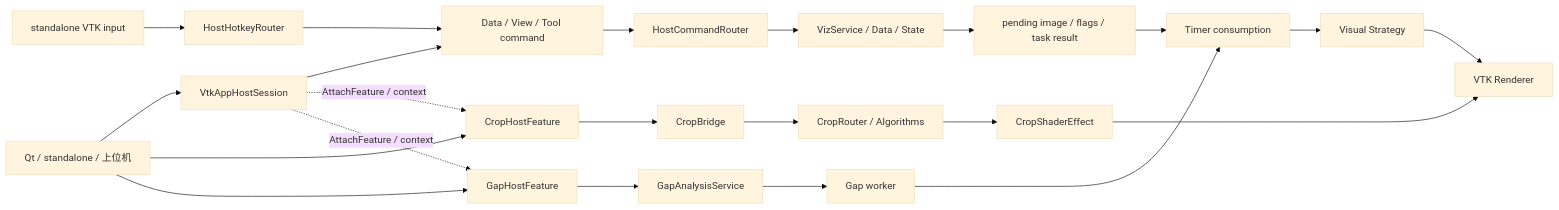
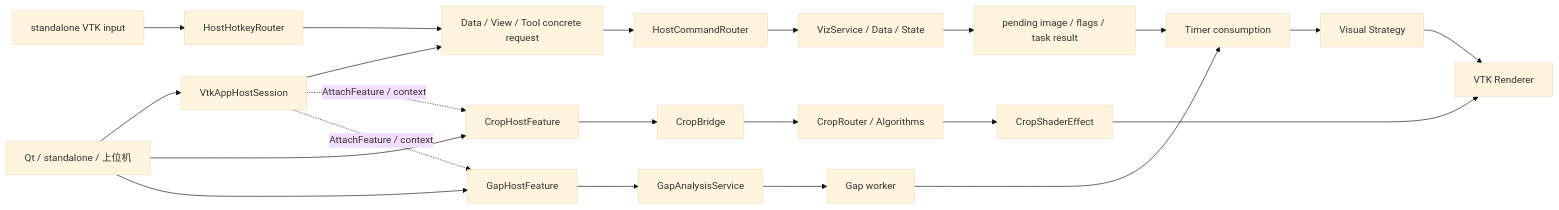
The first of 5 diagrams in md/MVVCVTKArchitectureReview.md (HelenTung/MVVCVTK), drawn with Mermaid (base theme) before and after one commit. The commit also changed other lines of this file and 2 other files, not shown here.

````diff
--- a/md/MVVCVTKArchitectureReview.md
+++ b/md/MVVCVTKArchitectureReview.md
@@ -36,24 +36,24 @@
 ```mermaid
 flowchart LR
     Host[Qt / standalone / 上位机] --> Session[VtkAppHostSession]
-    Session --> Command[Data / View / Tool command]
+    Session --> Request[Data / View / Tool concrete request]
     Hotkey[standalone VTK input] --> HotkeyRouter[HostHotkeyRouter]
-    HotkeyRouter --> Command
-    Command --> Router[HostCommandRouter]
+    HotkeyRouter --> Request
+    Request --> Router[HostCommandRouter]
     Router --> App[VizService / Data / State]
     Host --> CropFeature[CropHostFeature]
     Host --> GapFeature[GapHostFeature]
     Session -. AttachFeature / context .-> CropFeature
     Session -. AttachFeature / context .-> GapFeature
     CropFeature --> Crop[CropBridge]
     GapFeature --> Gap[GapAnalysisService]
     App --> Pending[pending image / flags / task result]
     Pending --> Tick[Timer consumption]
     Tick --> Strategy[Visual Strategy]
     Crop --> CropAlgo[CropRouter / Algorithms]
     Gap --> GapAlgo[Gap worker]
     CropAlgo --> Display[CropShaderEffect]
     GapAlgo --> Tick
     Strategy --> Renderer[VTK Renderer]
     Display --> Renderer
 ```
````
